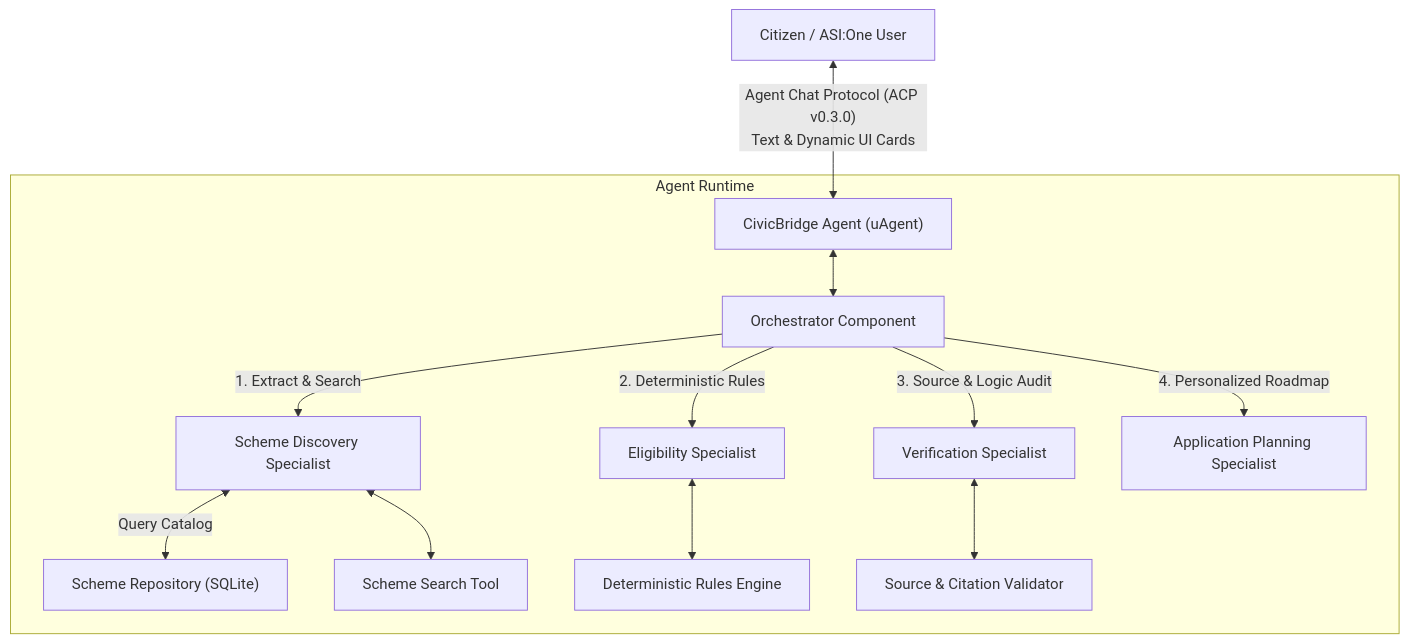
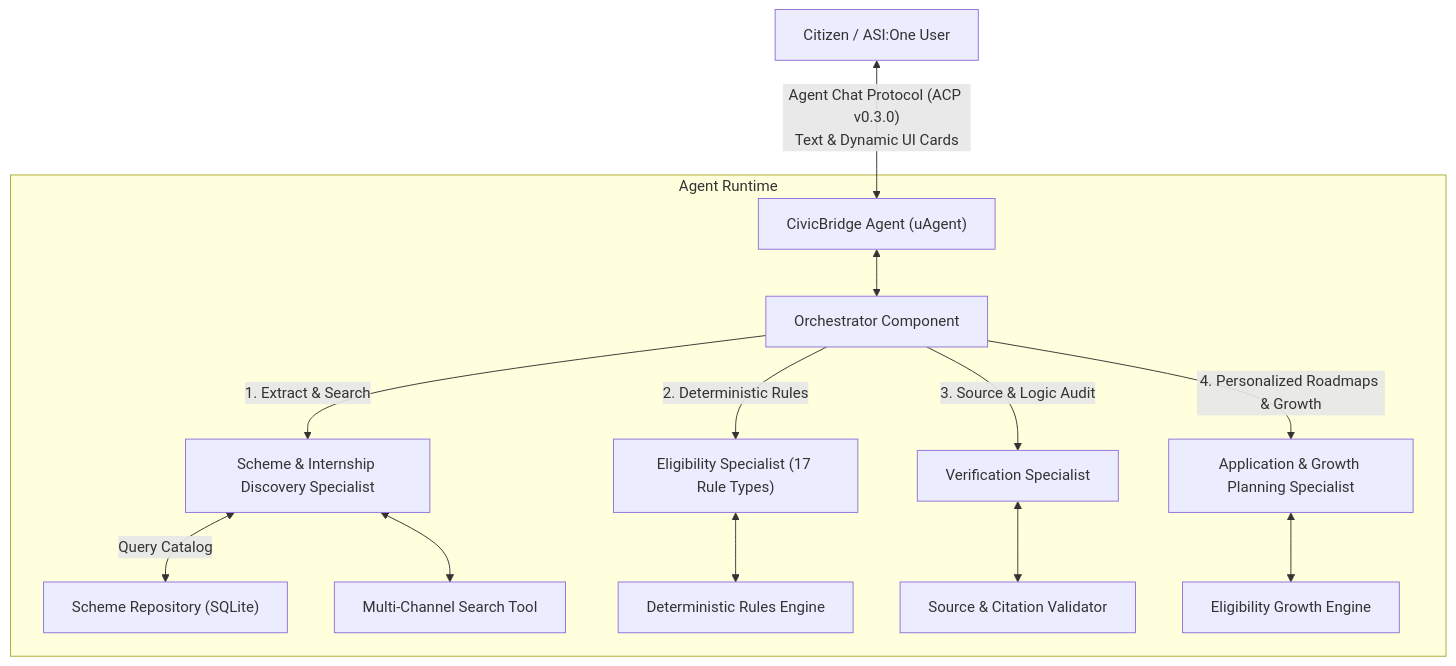
Before and after one commit to kushagra4798/civicbridge_ai: the first of 2 diagrams in docs/architecture.md, drawn with Mermaid. The commit also changed other lines of this file and 19 other files, not shown here.

Commit message:
feat: implement Government Internships and Eligibility Growth Planner (Capabilities B & C)

````diff
--- a/docs/architecture.md
+++ b/docs/architecture.md
@@ -15,18 +15,19 @@
 ```mermaid
 flowchart TD
     User["Citizen / ASI:One User"] <-->|"Agent Chat Protocol (ACP v0.3.0)\nText & Dynamic UI Cards"| Agent["CivicBridge Agent (uAgent)"]
     
     subgraph Agent Runtime
         Agent <--> Orchestrator["Orchestrator Component"]
         
-        Orchestrator -->|"1. Extract & Search"| Discovery["Scheme Discovery Specialist"]
-        Orchestrator -->|"2. Deterministic Rules"| Eligibility["Eligibility Specialist"]
+        Orchestrator -->|"1. Extract & Search"| Discovery["Scheme & Internship Discovery Specialist"]
+        Orchestrator -->|"2. Deterministic Rules"| Eligibility["Eligibility Specialist (17 Rule Types)"]
         Orchestrator -->|"3. Source & Logic Audit"| Verification["Verification Specialist"]
-        Orchestrator -->|"4. Personalized Roadmap"| Planner["Application Planning Specialist"]
+        Orchestrator -->|"4. Personalized Roadmaps & Growth"| Planner["Application & Growth Planning Specialist"]
         
         Discovery <-->|"Query Catalog"| Repo["Scheme Repository (SQLite)"]
-        Discovery <--> SearchTool["Scheme Search Tool"]
+        Discovery <--> SearchTool["Multi-Channel Search Tool"]
         Eligibility <--> RulesTool["Deterministic Rules Engine"]
         Verification <--> SourceTool["Source & Citation Validator"]
+        Planner <--> GrowthEngine["Eligibility Growth Engine"]
     end
 ```
````
